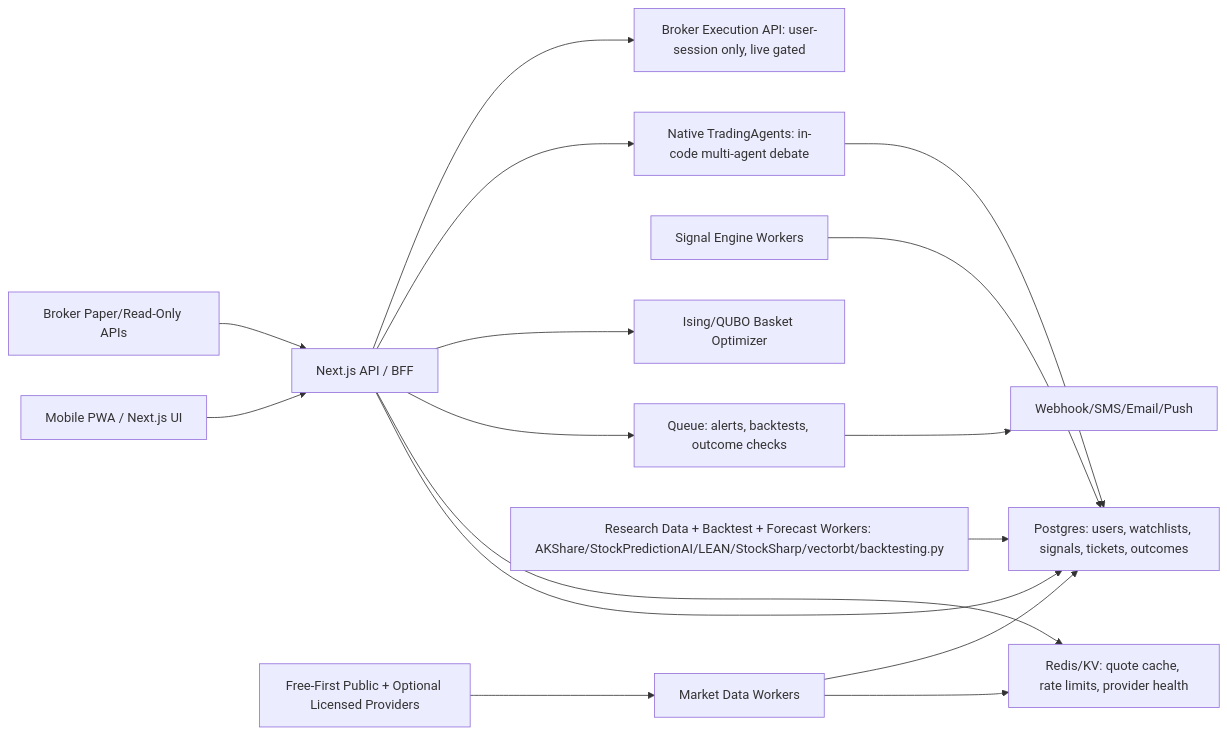
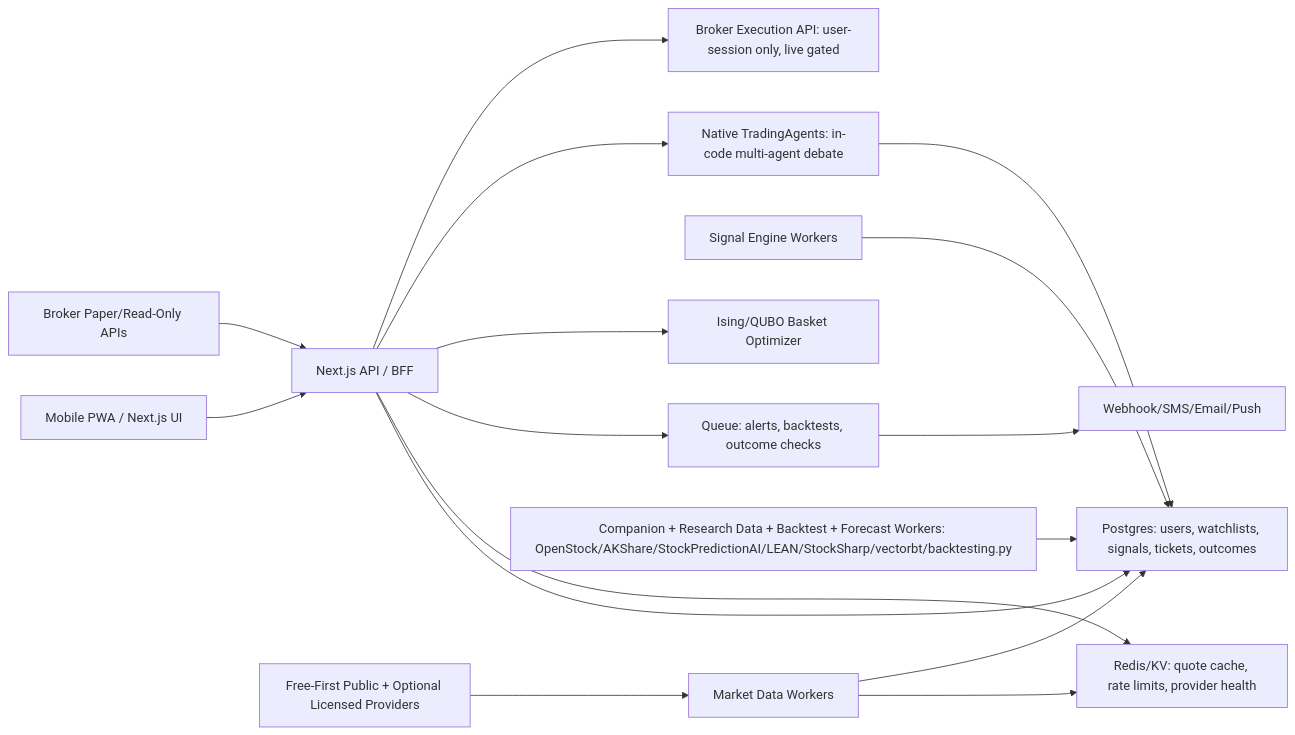
One commit to pinohu/trading-intel changed the diagram in docs/ARCHITECTURE.md. Above: the diagram before and after it, drawn with Mermaid. The commit also changed other lines of this file and 14 other files, not shown here.

Commit message:
Add OpenStock companion worker lane

````diff
--- a/docs/ARCHITECTURE.md
+++ b/docs/ARCHITECTURE.md
@@ -35,18 +35,18 @@
 ```mermaid
 flowchart LR
   UI["Mobile PWA / Next.js UI"] --> BFF["Next.js API / BFF"]
   BFF --> DB["Postgres: users, watchlists, signals, tickets, outcomes"]
   BFF --> Cache["Redis/KV: quote cache, rate limits, provider health"]
   BFF --> Queue["Queue: alerts, backtests, outcome checks"]
   DataWorker["Market Data Workers"] --> Cache
   DataWorker --> DB
   Providers["Free-First Public + Optional Licensed Providers"] --> DataWorker
   SignalWorker["Signal Engine Workers"] --> DB
   BFF --> Ising["Ising/QUBO Basket Optimizer"]
   BFF --> TradingAgents["Native TradingAgents: in-code multi-agent debate"]
   TradingAgents --> DB
-  BacktestWorker["Research Data + Backtest + Forecast Workers: AKShare/StockPredictionAI/LEAN/StockSharp/vectorbt/backtesting.py"] --> DB
+  BacktestWorker["Companion + Research Data + Backtest + Forecast Workers: OpenStock/AKShare/StockPredictionAI/LEAN/StockSharp/vectorbt/backtesting.py"] --> DB
   Broker["Broker Paper/Read-Only APIs"] --> BFF
   BFF --> BrokerExec["Broker Execution API: user-session only, live gated"]
   Queue --> Alerts["Webhook/SMS/Email/Push"]
 ```
````
